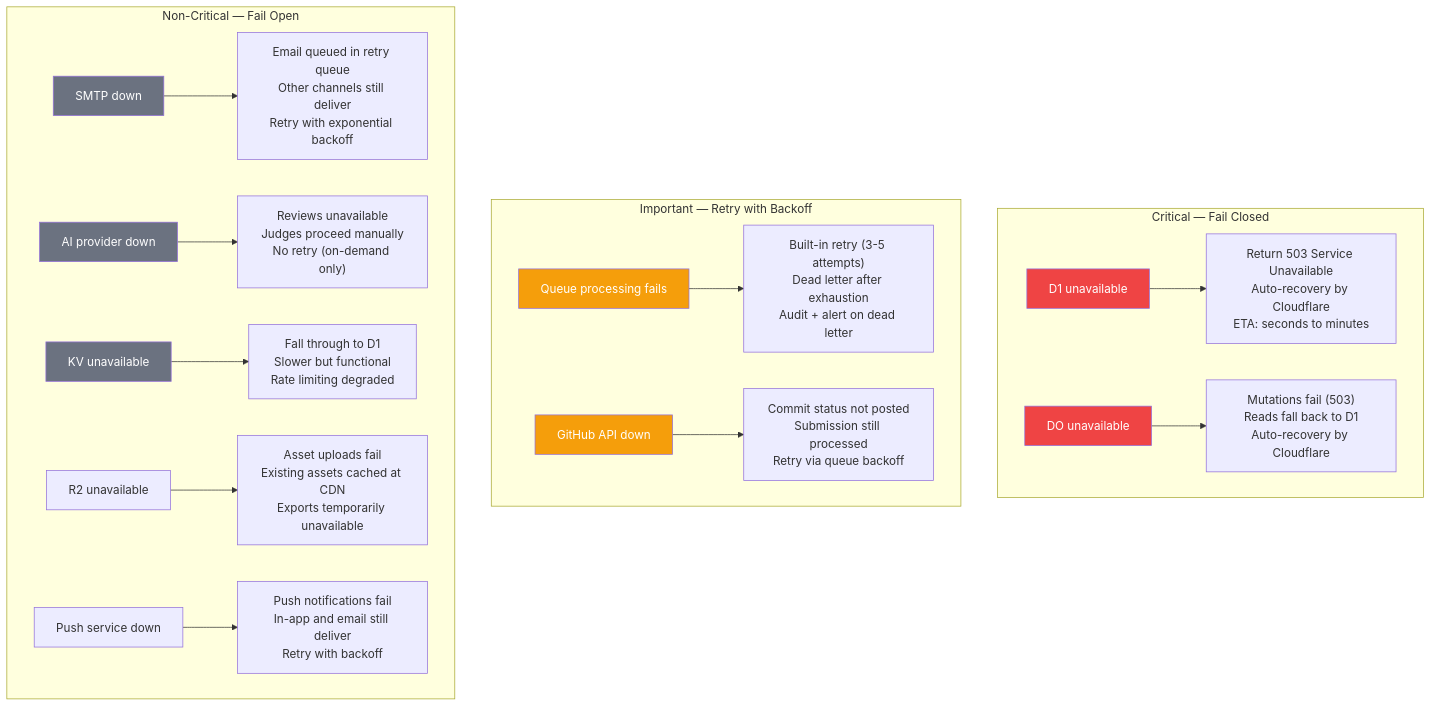
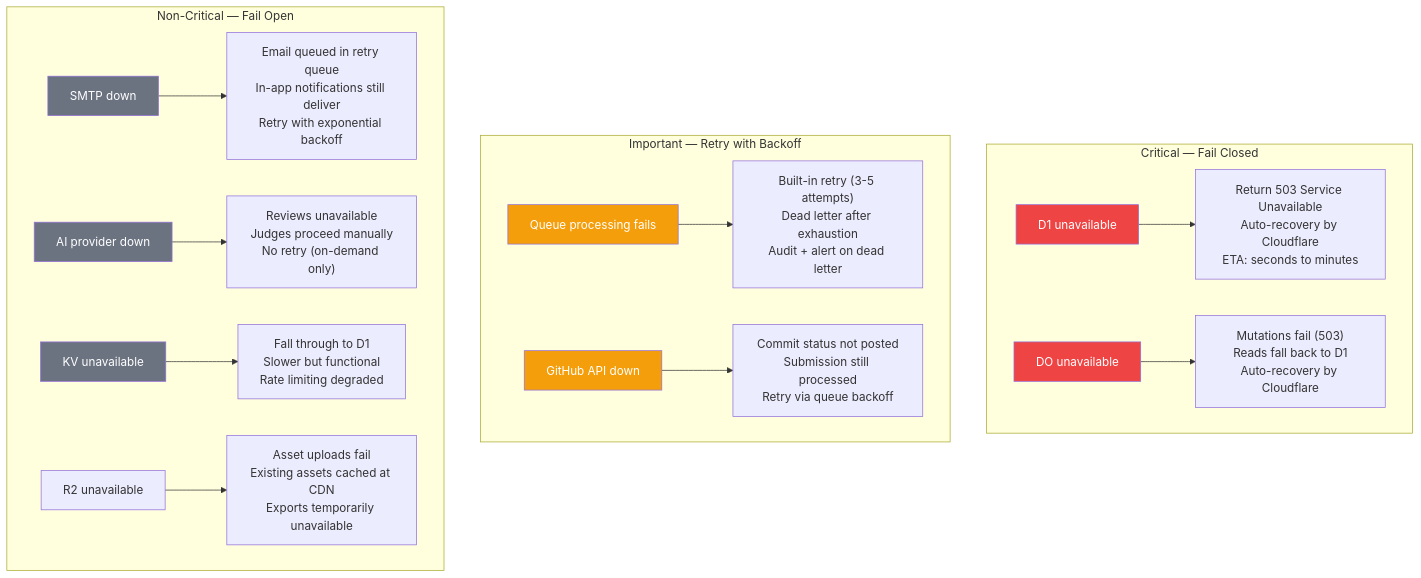
The tenth of 14 diagrams in docs/v3/planned/infrastructure.md (devangshupandey2025-stack/DevSage), drawn with Mermaid before and after one commit. The commit also changed other lines of this file, not shown here.

````diff
--- a/docs/v3/planned/infrastructure.md
+++ b/docs/v3/planned/infrastructure.md
@@ -718,28 +699,27 @@
 ```mermaid
 flowchart TD
     subgraph "Critical — Fail Closed"
         D1F["D1 unavailable"] --> D1R["Return 503 Service Unavailable<br/>Auto-recovery by Cloudflare<br/>ETA: seconds to minutes"]
         DOF["DO unavailable"] --> DOR["Mutations fail (503)<br/>Reads fall back to D1<br/>Auto-recovery by Cloudflare"]
     end
 
     subgraph "Important — Retry with Backoff"
         QF["Queue processing fails"] --> QR["Built-in retry (3-5 attempts)<br/>Dead letter after exhaustion<br/>Audit + alert on dead letter"]
         GHF["GitHub API down"] --> GHR["Commit status not posted<br/>Submission still processed<br/>Retry via queue backoff"]
     end
 
     subgraph "Non-Critical — Fail Open"
-        SMF["SMTP down"] --> SMR["Email queued in retry queue<br/>Other channels still deliver<br/>Retry with exponential backoff"]
+        SMF["SMTP down"] --> SMR["Email queued in retry queue<br/>In-app notifications still deliver<br/>Retry with exponential backoff"]
         AIF["AI provider down"] --> AIR["Reviews unavailable<br/>Judges proceed manually<br/>No retry (on-demand only)"]
         KVF["KV unavailable"] --> KVR["Fall through to D1<br/>Slower but functional<br/>Rate limiting degraded"]
         R2F["R2 unavailable"] --> R2R["Asset uploads fail<br/>Existing assets cached at CDN<br/>Exports temporarily unavailable"]
-        PSF["Push service down"] --> PSR["Push notifications fail<br/>In-app and email still deliver<br/>Retry with backoff"]
     end
 
     style D1F fill:#ef4444,color:#fff
     style DOF fill:#ef4444,color:#fff
     style QF fill:#f59e0b,color:#fff
     style GHF fill:#f59e0b,color:#fff
     style SMF fill:#6b7280,color:#fff
     style AIF fill:#6b7280,color:#fff
     style KVF fill:#6b7280,color:#fff
 ```
````
